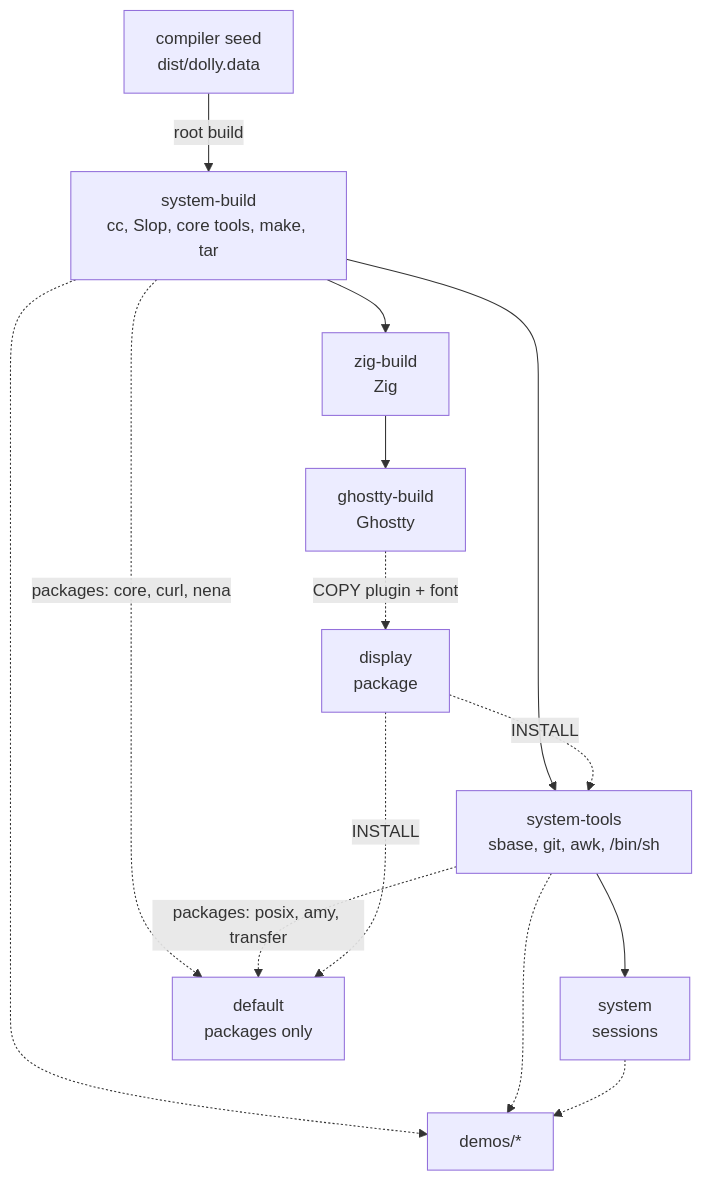
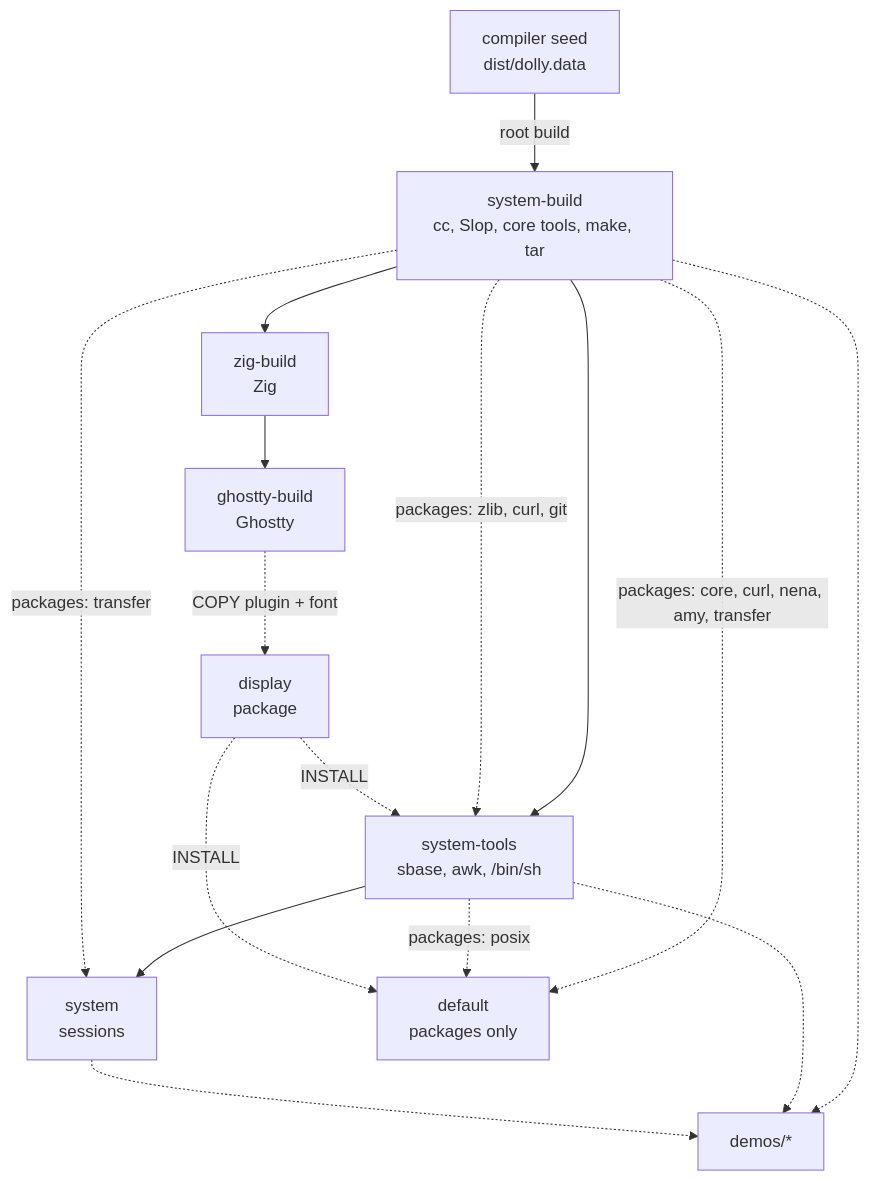
One commit to daugasauron/dolly changed the third of 3 diagrams in docs/architecture.md. Above: the diagram before and after it, drawn with Mermaid. The commit also changed other lines of this file and 125 other files, not shown here.

First line of the commit message:
amy, Git and transfer hold their builds; system-tools installs Git and builds neither amy nor download and upload

````diff
--- a/docs/architecture.md
+++ b/docs/architecture.md
@@ -100,17 +100,19 @@
 ```mermaid
 flowchart TD
   seed["compiler seed<br/>dist/dolly.data"] -- "root build" --> sb["system-build<br/>cc, Slop, core tools, make, tar"]
   sb --> zb["zig-build<br/>Zig"]
   zb --> gb["ghostty-build<br/>Ghostty"]
   gb -. "COPY plugin + font" .-> disp["display<br/>package"]
-  sb --> st["system-tools<br/>sbase, git, awk, /bin/sh"]
+  sb --> st["system-tools<br/>sbase, awk, /bin/sh"]
+  sb -. "packages: zlib, curl, git" .-> st
   disp -. "INSTALL" .-> st
   st --> sys["system<br/>sessions"]
-  sb -. "packages: core, curl, nena" .-> def["default<br/>packages only"]
-  st -. "packages: posix, amy, transfer" .-> def
+  sb -. "packages: transfer" .-> sys
+  sb -. "packages: core, curl, nena, amy, transfer" .-> def["default<br/>packages only"]
+  st -. "packages: posix" .-> def
   disp -. "INSTALL" .-> def
   demos["demos/*"]
   sb -.-> demos
   st -.-> demos
   sys -.-> demos
 ```
````
